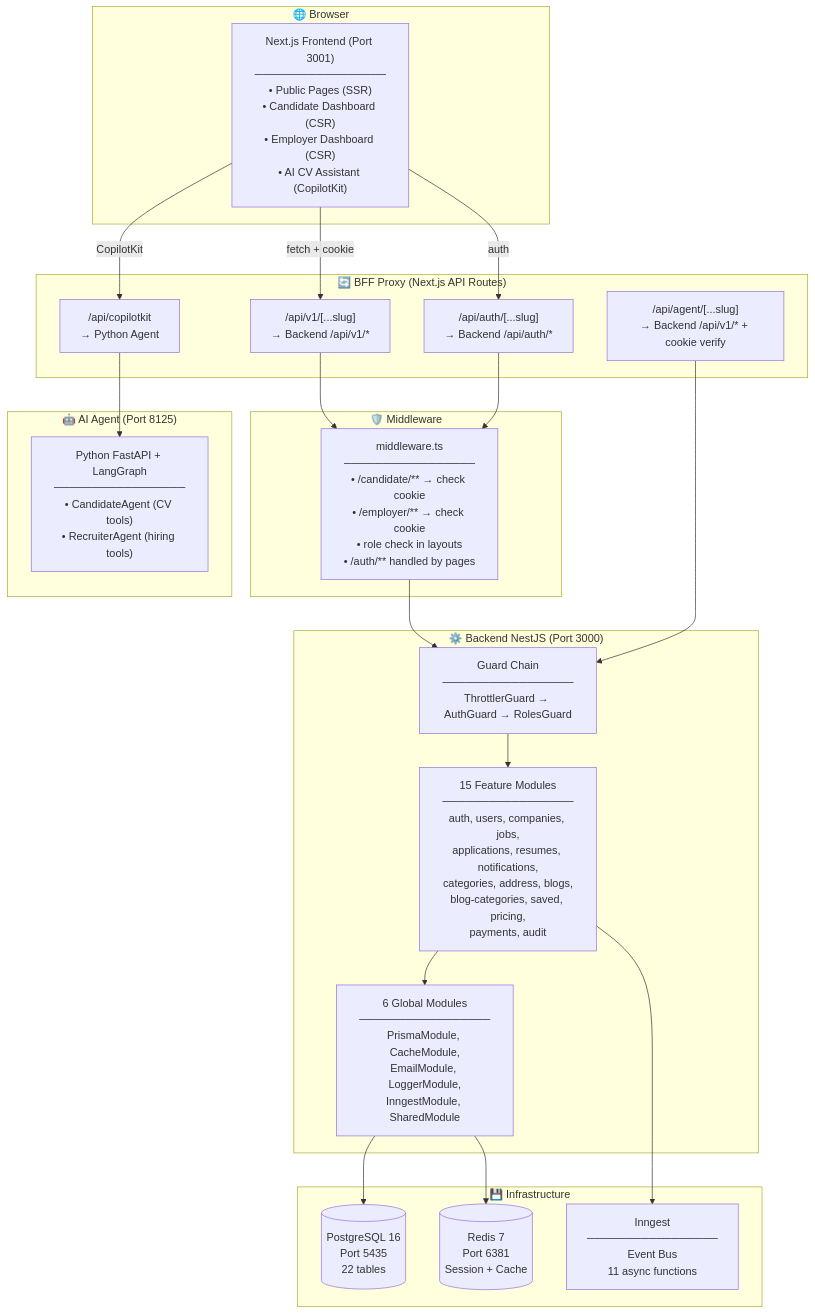
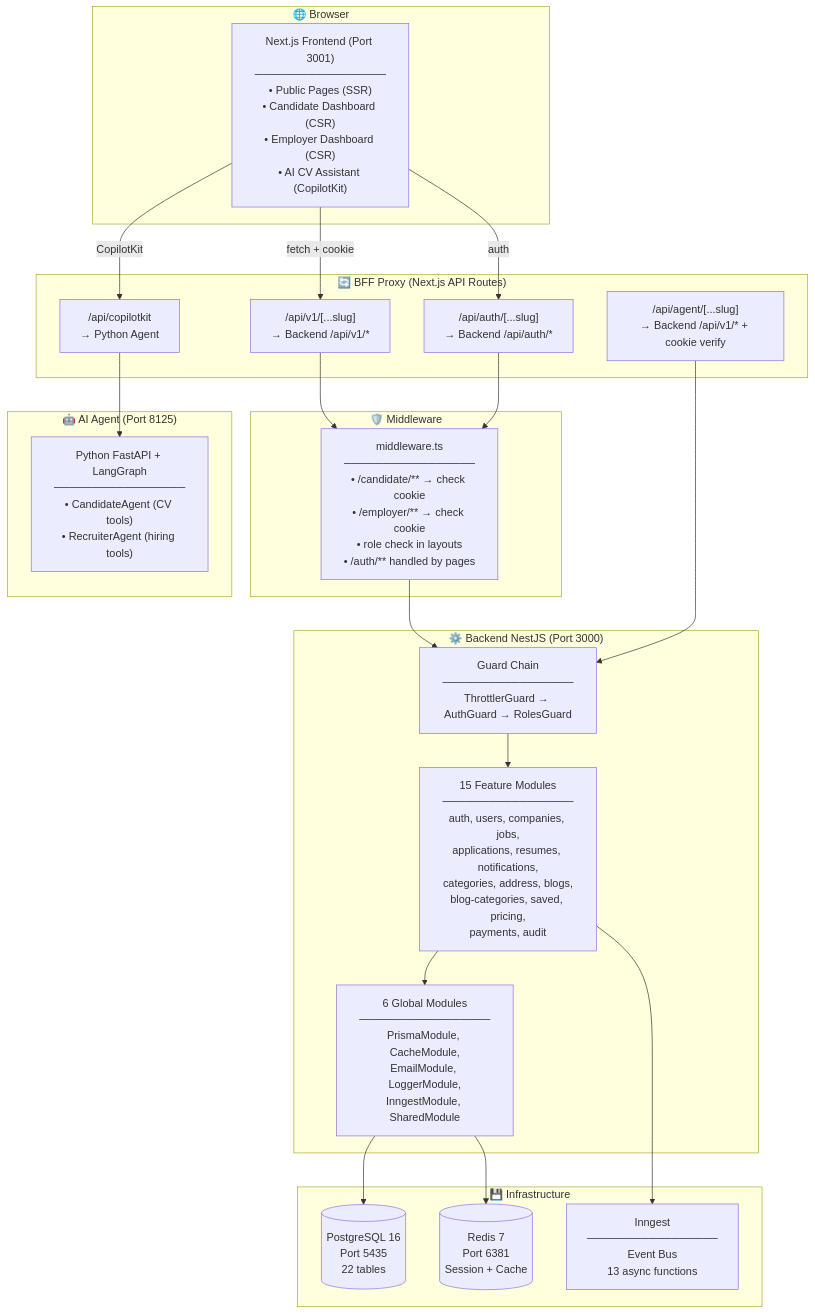
The first of 28 diagrams in TEAM_FE_DOCUMENT.md (Hieuej147/job-PhuQuoc), drawn with Mermaid before and after one commit. The commit also changed other lines of this file and 128 other files, not shown here.

````diff
--- a/TEAM_FE_DOCUMENT.md
+++ b/TEAM_FE_DOCUMENT.md
@@ -37,47 +37,47 @@
 ```mermaid
 graph TB
     subgraph Browser["🌐 Browser"]
         FE["Next.js Frontend (Port 3001)<br/>─────────────────<br/>• Public Pages (SSR)<br/>• Candidate Dashboard (CSR)<br/>• Employer Dashboard (CSR)<br/>• AI CV Assistant (CopilotKit)"]
     end
 
     subgraph BFF["🔄 BFF Proxy (Next.js API Routes)"]
         V1["/api/v1/[...slug]<br/>→ Backend /api/v1/*"]
         AUTH["/api/auth/[...slug]<br/>→ Backend /api/auth/*"]
         AGENT["/api/agent/[...slug]<br/>→ Backend /api/v1/* + cookie verify"]
         CK["/api/copilotkit<br/>→ Python Agent"]
     end
 
     subgraph MW["🛡️ Middleware"]
         MID["middleware.ts<br/>─────────────────<br/>• /candidate/** → check cookie<br/>• /employer/** → check cookie<br/>• role check in layouts<br/>• /auth/** handled by pages"]
     end
 
     subgraph BE["⚙️ Backend NestJS (Port 3000)"]
         GUARD["Guard Chain<br/>─────────────────<br/>ThrottlerGuard → AuthGuard → RolesGuard"]
         MOD["15 Feature Modules<br/>─────────────────<br/>auth, users, companies, jobs,<br/>applications, resumes, notifications,<br/>categories, address, blogs,<br/>blog-categories, saved, pricing,<br/>payments, audit"]
         INFRA["6 Global Modules<br/>─────────────────<br/>PrismaModule, CacheModule,<br/>EmailModule, LoggerModule,<br/>InngestModule, SharedModule"]
     end
 
     subgraph Agent["🤖 AI Agent (Port 8125)"]
         PY["Python FastAPI + LangGraph<br/>─────────────────<br/>• CandidateAgent (CV tools)<br/>• RecruiterAgent (hiring tools)"]
     end
 
     subgraph DB["💾 Infrastructure"]
         PG[("PostgreSQL 16<br/>Port 5435<br/>22 tables")]
         RD[("Redis 7<br/>Port 6381<br/>Session + Cache")]
-        ING["Inngest<br/>─────────────────<br/>Event Bus<br/>11 async functions"]
+        ING["Inngest<br/>─────────────────<br/>Event Bus<br/>13 async functions"]
     end
 
     FE -->|"fetch + cookie"| V1
     FE -->|"auth"| AUTH
     FE -->|"CopilotKit"| CK
     V1 --> MID
     AUTH --> MID
     MID --> GUARD
     GUARD --> MOD
     MOD --> INFRA
     INFRA --> PG
     INFRA --> RD
     MOD --> ING
     CK --> PY
     AGENT --> GUARD
 ```
````
